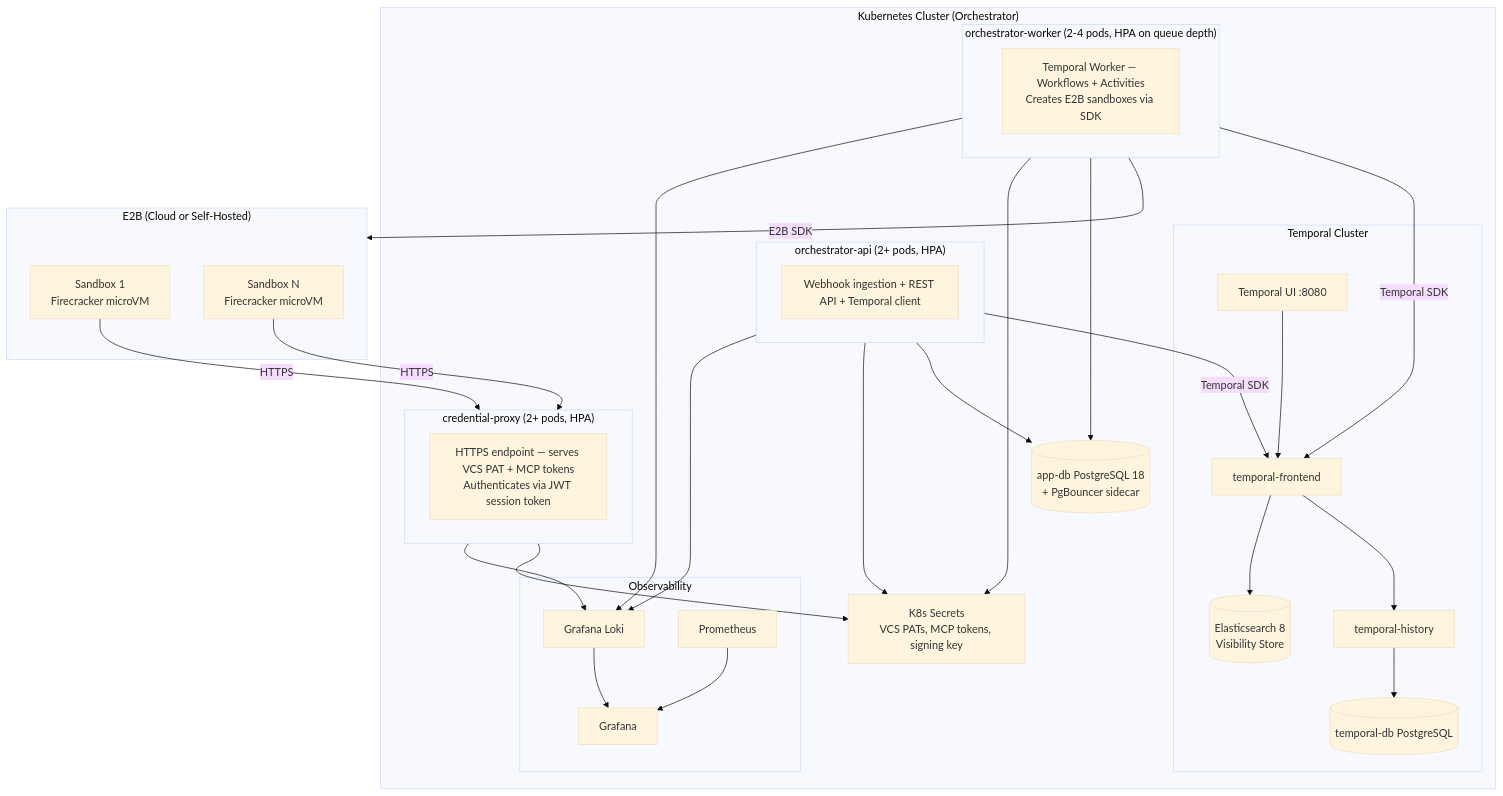
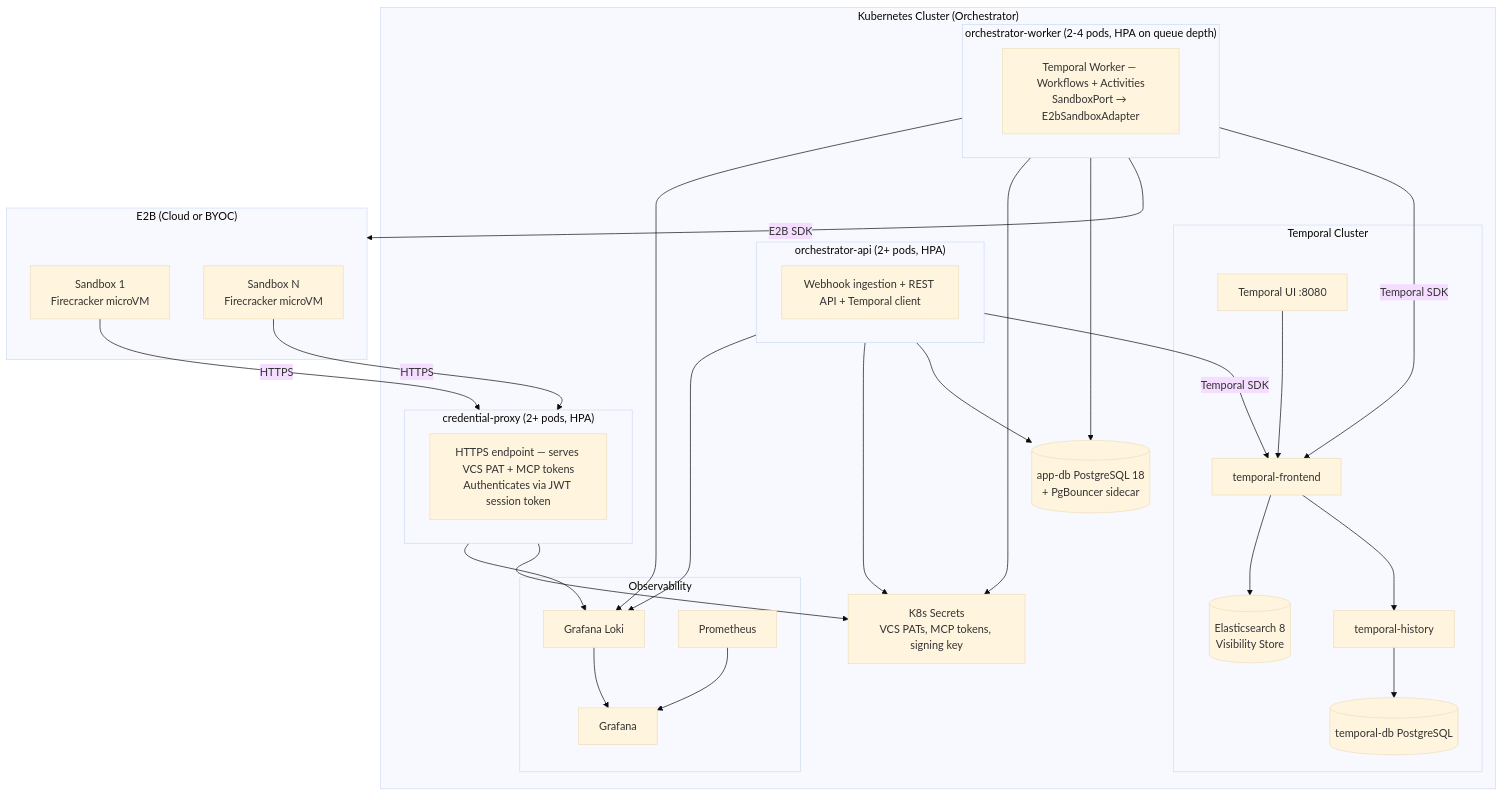
Before and after one commit to nmime/ai-sdlc-orchestrator: the first of 2 diagrams in docs/specs/deployment.md, drawn with Mermaid (base theme). The commit also changed other lines of this file and 8 other files, not shown here.

````diff
--- a/docs/specs/deployment.md
+++ b/docs/specs/deployment.md
@@ -53,57 +114,57 @@
 ```mermaid
 graph TB
     subgraph K8s["Kubernetes Cluster (Orchestrator)"]
         subgraph API["orchestrator-api (2+ pods, HPA)"]
             A1[Webhook ingestion + REST API + Temporal client]
         end
 
         subgraph Worker["orchestrator-worker (2-4 pods, HPA on queue depth)"]
-            W1[Temporal Worker — Workflows + Activities<br>Creates E2B sandboxes via SDK]
+            W1[Temporal Worker — Workflows + Activities<br>SandboxPort → E2bSandboxAdapter]
         end
 
         subgraph CredProxy["credential-proxy (2+ pods, HPA)"]
             CP1[HTTPS endpoint — serves VCS PAT + MCP tokens<br>Authenticates via JWT session token]
         end
 
         subgraph TemporalCluster["Temporal Cluster"]
             TFE[temporal-frontend]
             THI[temporal-history]
             TDB[(temporal-db PostgreSQL)]
             TUI[Temporal UI :8080]
             ES[(Elasticsearch 8<br>Visibility Store)]
         end
 
         subgraph Observability["Observability"]
             LOKI[Grafana Loki]
             PROM[Prometheus]
             GRAF[Grafana]
         end
 
         PG[(app-db PostgreSQL 18<br>+ PgBouncer sidecar)]
         SEC[K8s Secrets<br>VCS PATs, MCP tokens, signing key]
     end
 
-    subgraph E2B["E2B (Cloud or Self-Hosted)"]
+    subgraph E2B["E2B (Cloud or BYOC)"]
         SB1[Sandbox 1<br>Firecracker microVM]
         SB2[Sandbox N<br>Firecracker microVM]
     end
 
     API -->|Temporal SDK| TFE
     Worker -->|Temporal SDK| TFE
     Worker -->|E2B SDK| E2B
     SB1 -->|HTTPS| CredProxy
     SB2 -->|HTTPS| CredProxy
     CredProxy --> SEC
     TFE --> THI --> TDB
     TFE --> ES
     TUI --> TFE
     API --> PG
     Worker --> PG
     Worker --> SEC
     API --> SEC
     API --> LOKI
     Worker --> LOKI
     CredProxy --> LOKI
     PROM --> GRAF
     LOKI --> GRAF
 ```
````
